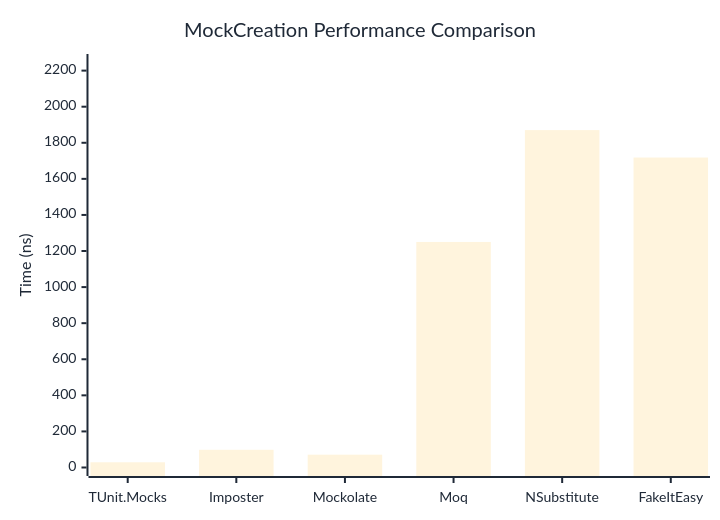
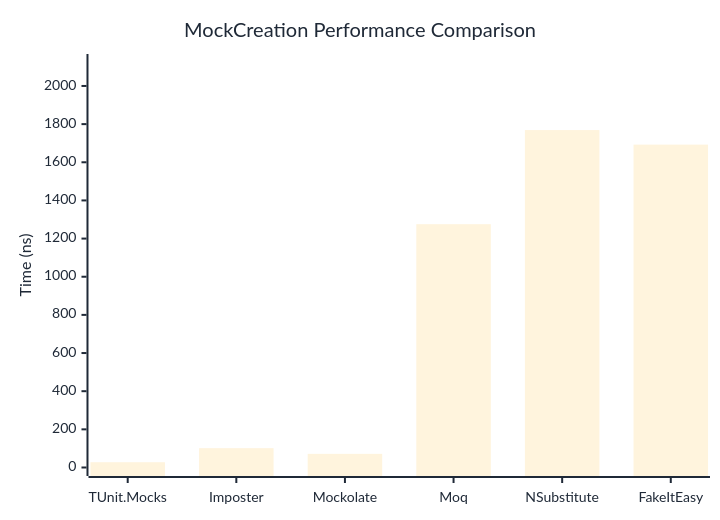
One commit to thomhurst/TUnit changed the first of 2 diagrams in docs/docs/benchmarks/mocks/MockCreation.md. Above: the diagram before and after it, drawn with Mermaid. The commit also changed other lines of this file and 14 other files, not shown here.

````diff
--- a/docs/docs/benchmarks/mocks/MockCreation.md
+++ b/docs/docs/benchmarks/mocks/MockCreation.md
@@ -28,27 +28,27 @@
 ```mermaid
 %%{init: {
   'theme':'base',
   'themeVariables': {
     'primaryColor': '#2563eb',
     'primaryTextColor': '#1f2937',
     'primaryBorderColor': '#1e40af',
     'lineColor': '#6b7280',
     'secondaryColor': '#7c3aed',
     'tertiaryColor': '#dc2626',
     'background': '#ffffff',
     'pie1': '#2563eb',
     'pie2': '#7c3aed',
     'pie3': '#dc2626',
     'pie4': '#f59e0b',
     'pie5': '#10b981',
     'pie6': '#06b6d4',
     'pie7': '#ec4899',
     'pie8': '#6366f1'
   }
 }}%%
 xychart-beta
   title "MockCreation Performance Comparison"
   x-axis ["TUnit.Mocks", "Imposter", "Mockolate", "Moq", "NSubstitute", "FakeItEasy"]
-  y-axis "Time (ns)" 0 --> 2245
-  bar [28.94, 98.14, 71.03, 1250.24, 1870.26, 1718.19]
+  y-axis "Time (ns)" 0 --> 2123
+  bar [27.63, 101.38, 71.58, 1275.47, 1768.84, 1692.52]
 ```
````
